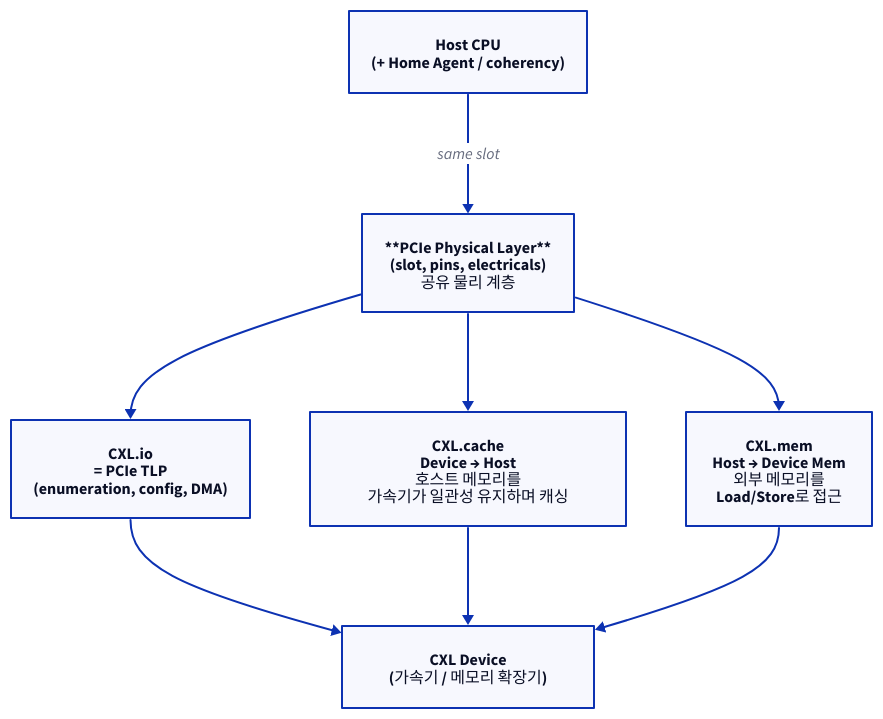
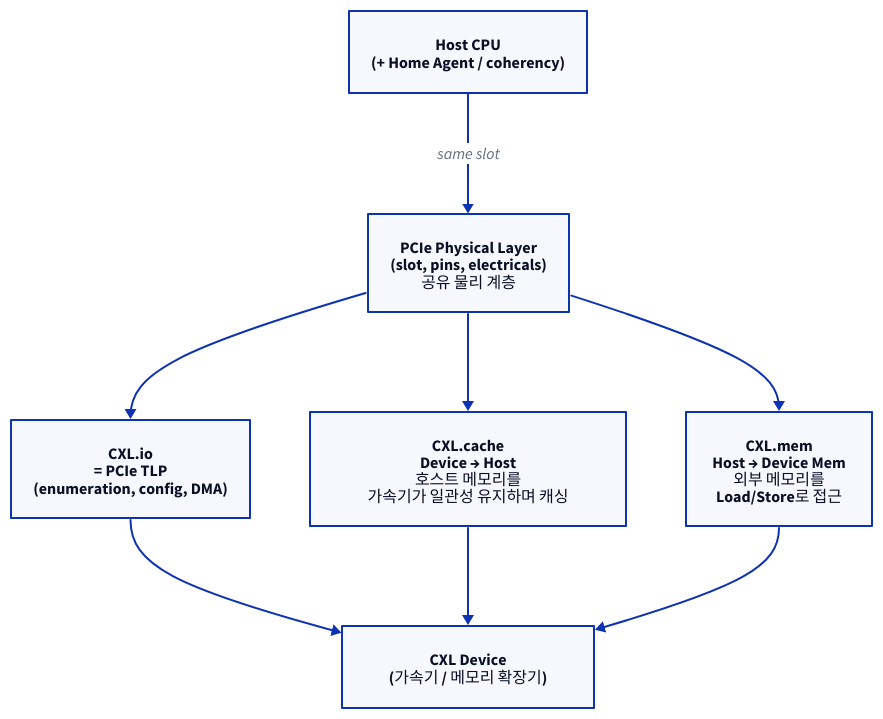
The first of 3 diagrams in starlight_site/src/content/docs/cxl/01_motivation.md (humbleowl39/DV_SKOOL), drawn with D2 before and after one commit. The commit also changed 714 other files, not shown here.

First line of the commit message:
fix(site): d2 다이어그램 가독성 결함 6종 일괄 수정

````diff
--- a/starlight_site/src/content/docs/cxl/01_motivation.md
+++ b/starlight_site/src/content/docs/cxl/01_motivation.md
@@ -42,18 +42,18 @@
 ```d2
 direction: down
 
 CPU: "Host CPU\n(+ Home Agent / coherency)"
-PCIe: "**PCIe Physical Layer**\n(slot, pins, electricals)\n공유 물리 계층"
+PCIe: "PCIe Physical Layer\n(slot, pins, electricals)\n공유 물리 계층"
 IO: "CXL.io\n= PCIe TLP\n(enumeration, config, DMA)"
 CACHE: "CXL.cache\nDevice → Host\n호스트 메모리를\n가속기가 일관성 유지하며 캐싱"
 MEM: "CXL.mem\nHost → Device Mem\n외부 메모리를\nLoad/Store로 접근"
 DEV: "CXL Device\n(가속기 / 메모리 확장기)"
 
 CPU -> PCIe: "same slot"
 PCIe -> IO
 PCIe -> CACHE
 PCIe -> MEM
 IO -> DEV
 CACHE -> DEV
 MEM -> DEV
 ```
````
